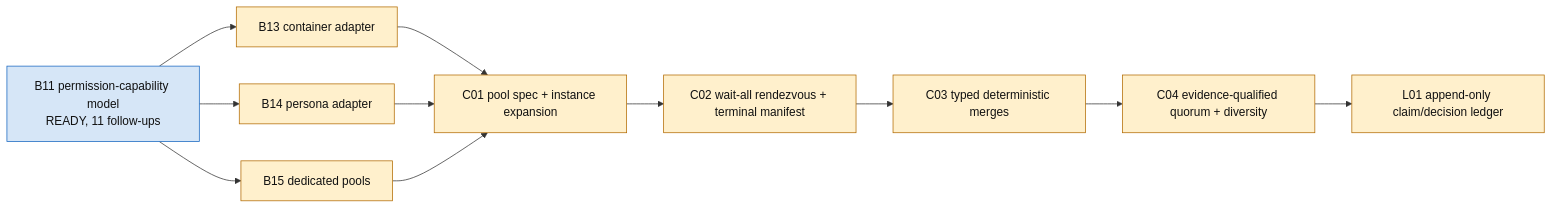
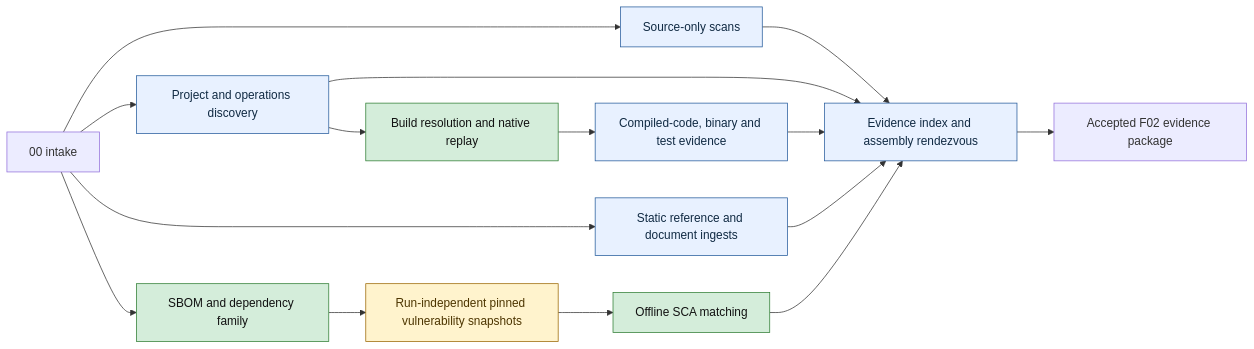
The second of 3 diagrams in docs/appsec-review-process-flow.md (wsollers/appsec-review), drawn with Mermaid before and after one commit. The commit also changed other lines of this file and 8 other files, not shown here.

````diff
--- a/docs/appsec-review-process-flow.md
+++ b/docs/appsec-review-process-flow.md
@@ -176,13 +95,17 @@
 ```mermaid
 flowchart LR
-  classDef found fill:#d6e6f7,stroke:#1565c0,color:#111
-  classDef todo fill:#fff0cc,stroke:#b26a00,color:#111
-  P[B11 permission-capability model<br/>READY, 11 follow-ups]:::found --> B13[B13 container adapter]:::todo
-  P --> B14[B14 persona adapter]:::todo
-  P --> B15[B15 dedicated pools]:::todo
-  B13 & B14 & B15 --> C01[C01 pool spec + instance expansion]:::todo
-  C01 --> C02[C02 wait-all rendezvous + terminal manifest]:::todo
-  C02 --> C03[C03 typed deterministic merges]:::todo
-  C03 --> C04[C04 evidence-qualified quorum + diversity]:::todo
-  C04 --> L01[L01 append-only claim/decision ledger]:::todo
+  classDef source fill:#e8f1ff,stroke:#245a9b,color:#102a43
+  classDef enabled fill:#d4edda,stroke:#2e7d32,color:#111
+  classDef gap fill:#fff3cd,stroke:#9a6700,color:#4d3500
+
+  I[00 intake] --> A[Source-only scans]:::source
+  I --> D[Project and operations discovery]:::source
+  D --> B[Build resolution and native replay]:::enabled
+  B --> C[Compiled-code, binary and test evidence]:::source
+  I --> R[Static reference and document ingests]:::source
+  I --> V[SBOM and dependency family]:::enabled
+  V --> DB[Run-independent pinned vulnerability snapshots]:::gap
+  DB --> SCA[Offline SCA matching]:::enabled
+  A & D & C & R & SCA --> E[Evidence index and assembly rendezvous]:::source
+  E --> P[Accepted F02 evidence package]
 ```
````
